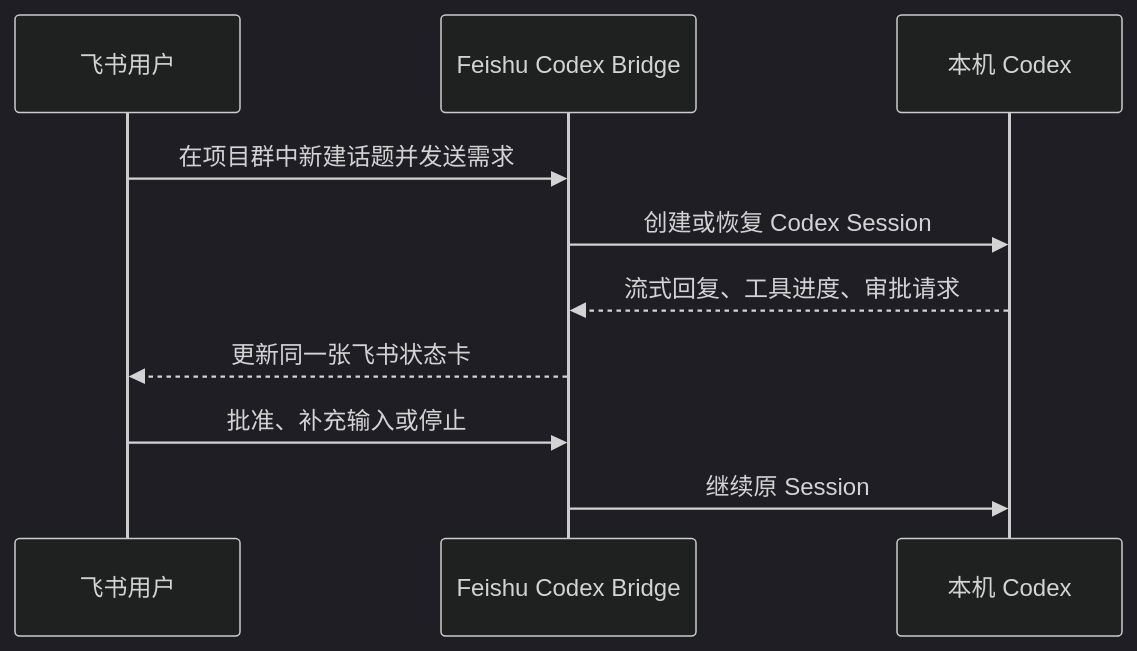
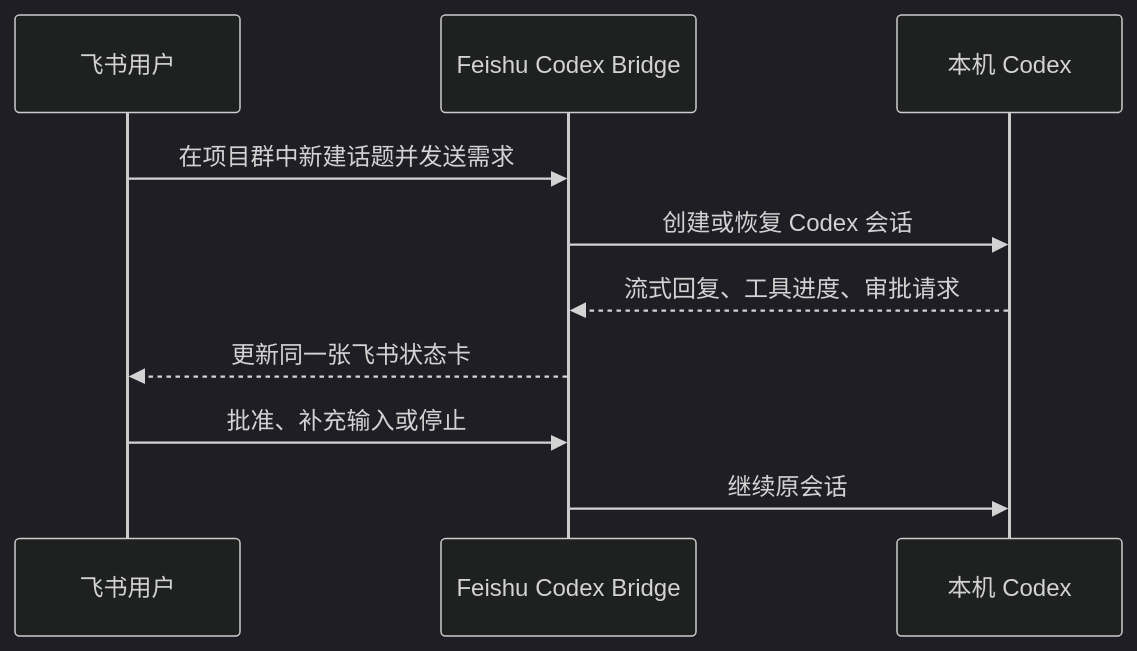
One commit to Eyhy/feishu-codex-bridge changed the diagram in README.md. Above: the diagram before and after it, drawn with Mermaid (dark theme). The commit also changed other lines of this file and 11 other files, not shown here.

````diff
--- a/README.md
+++ b/README.md
@@ -29,12 +29,12 @@
 ```mermaid
 sequenceDiagram
     participant U as 飞书用户
     participant B as Feishu Codex Bridge
     participant C as 本机 Codex
     U->>B: 在项目群中新建话题并发送需求
-    B->>C: 创建或恢复 Codex Session
+    B->>C: 创建或恢复 Codex 会话
     C-->>B: 流式回复、工具进度、审批请求
     B-->>U: 更新同一张飞书状态卡
     U->>B: 批准、补充输入或停止
-    B->>C: 继续原 Session
+    B->>C: 继续原会话
 ```
````
